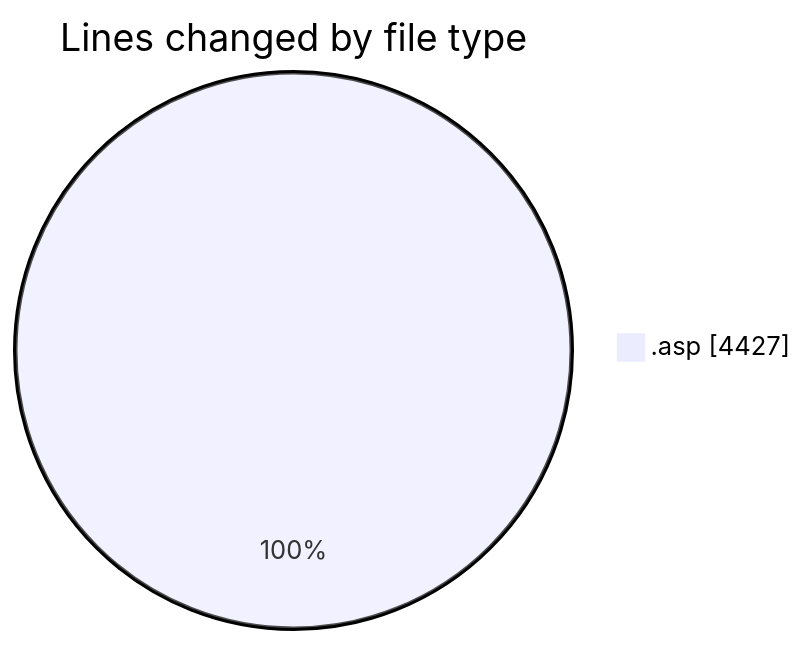
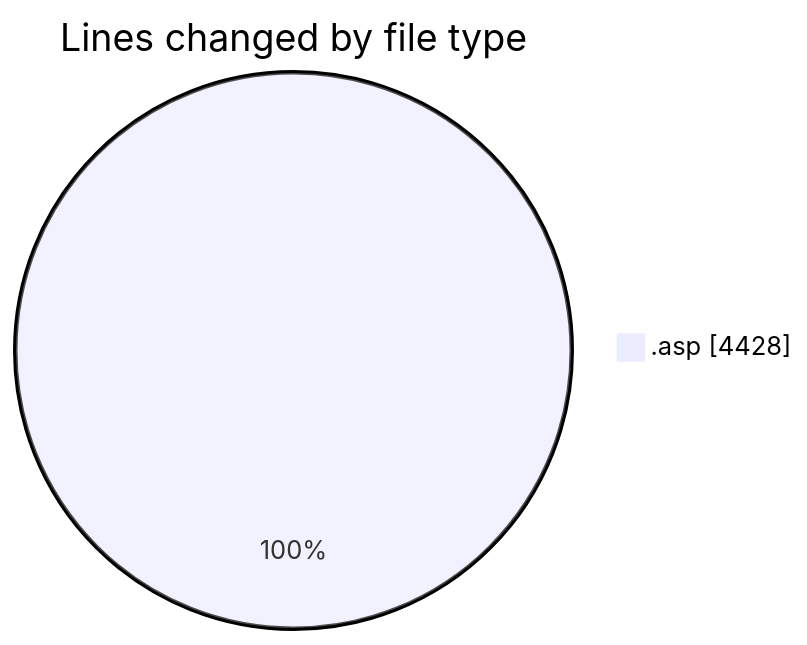
Before and after one commit to julien-gomy/code-tracking: the first of 2 diagrams in 2025-10-17/cdp_aleoudev_fr__workspace_/README.md, drawn with Mermaid. The commit also changed other lines of this file and 1 other file, not shown here.

````diff
--- a/2025-10-17/cdp_aleoudev_fr__workspace_/README.md
+++ b/2025-10-17/cdp_aleoudev_fr__workspace_/README.md
@@ -24,5 +24,5 @@
 ```mermaid
 pie showData
 title Lines changed by file type
-".asp" : 4427
+".asp" : 4428
 ```
````
